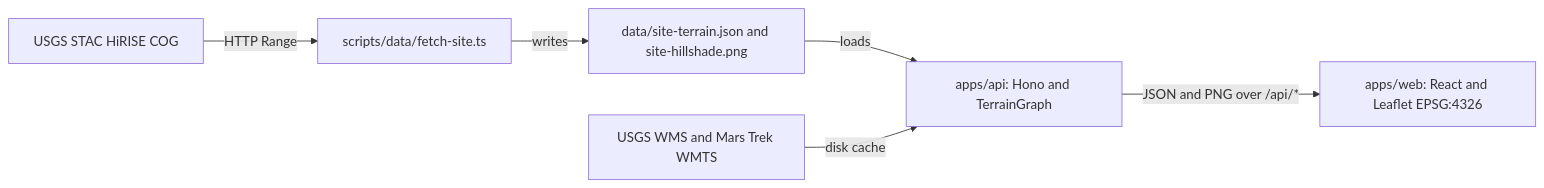
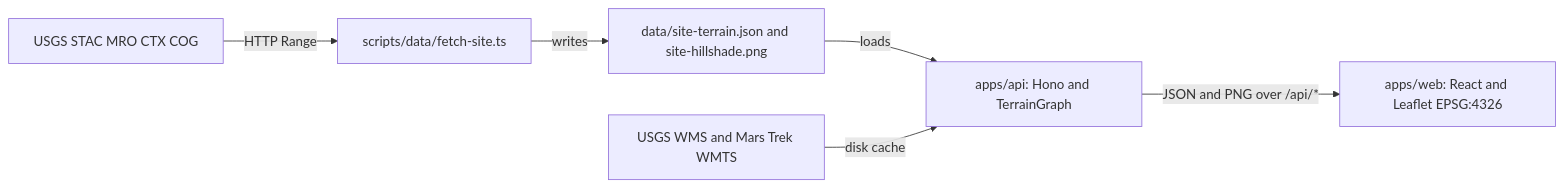
One commit to nimbs-hack/main changed the diagram in docs/algorithms-and-architecture.md. Above: the diagram before and after it, drawn with Mermaid. The commit also changed other lines of this file and 8 other files, not shown here.

````diff
--- a/docs/algorithms-and-architecture.md
+++ b/docs/algorithms-and-architecture.md
@@ -21,8 +21,8 @@
 ```mermaid
 flowchart LR
-  COG["USGS STAC HiRISE COG"] -->|HTTP Range| Fetch["scripts/data/fetch-site.ts"]
+  COG["USGS STAC MRO CTX COG"] -->|HTTP Range| Fetch["scripts/data/fetch-site.ts"]
   Fetch -->|writes| Data["data/site-terrain.json and site-hillshade.png"]
   Data -->|loads| API["apps/api: Hono and TerrainGraph"]
   WMS["USGS WMS and Mars Trek WMTS"] -->|disk cache| API
   API -->|"JSON and PNG over /api/*"| Web["apps/web: React and Leaflet EPSG:4326"]
 ```
````
